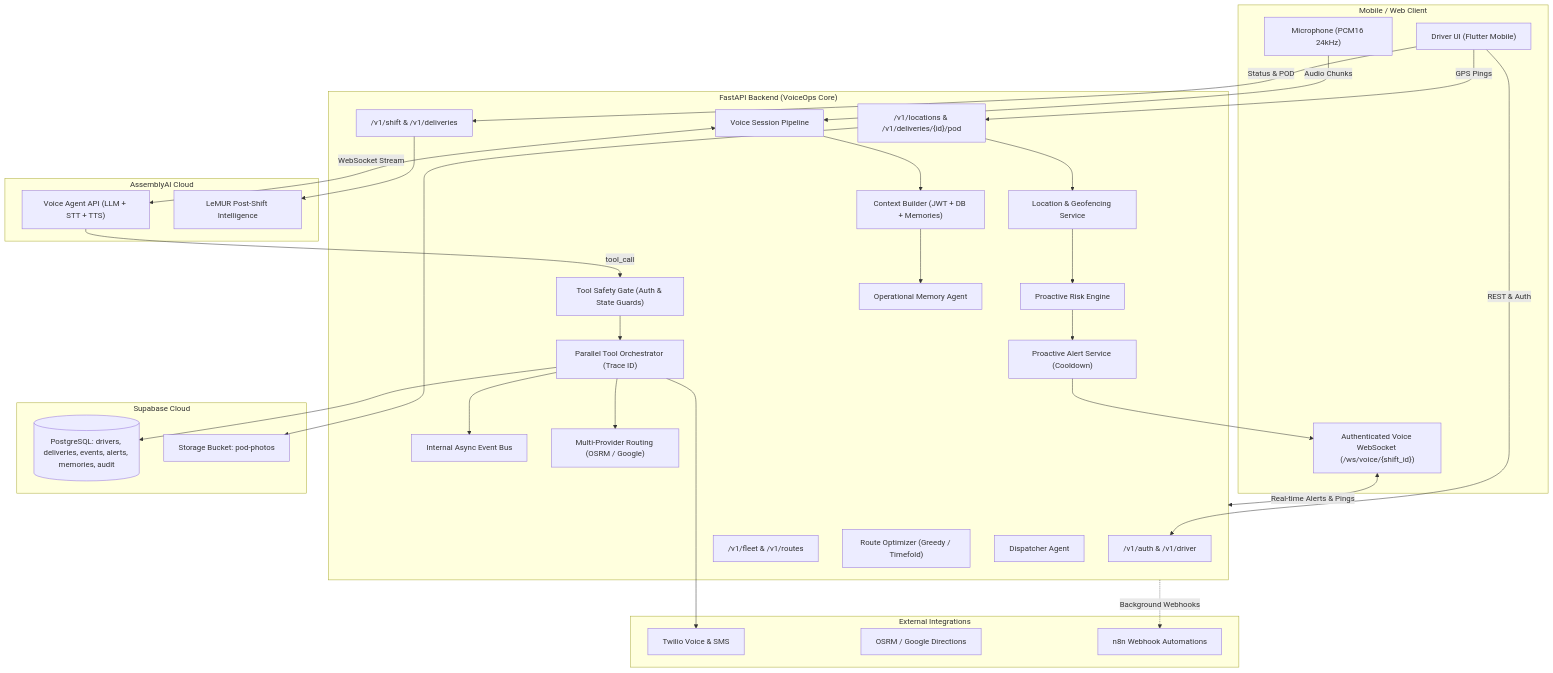
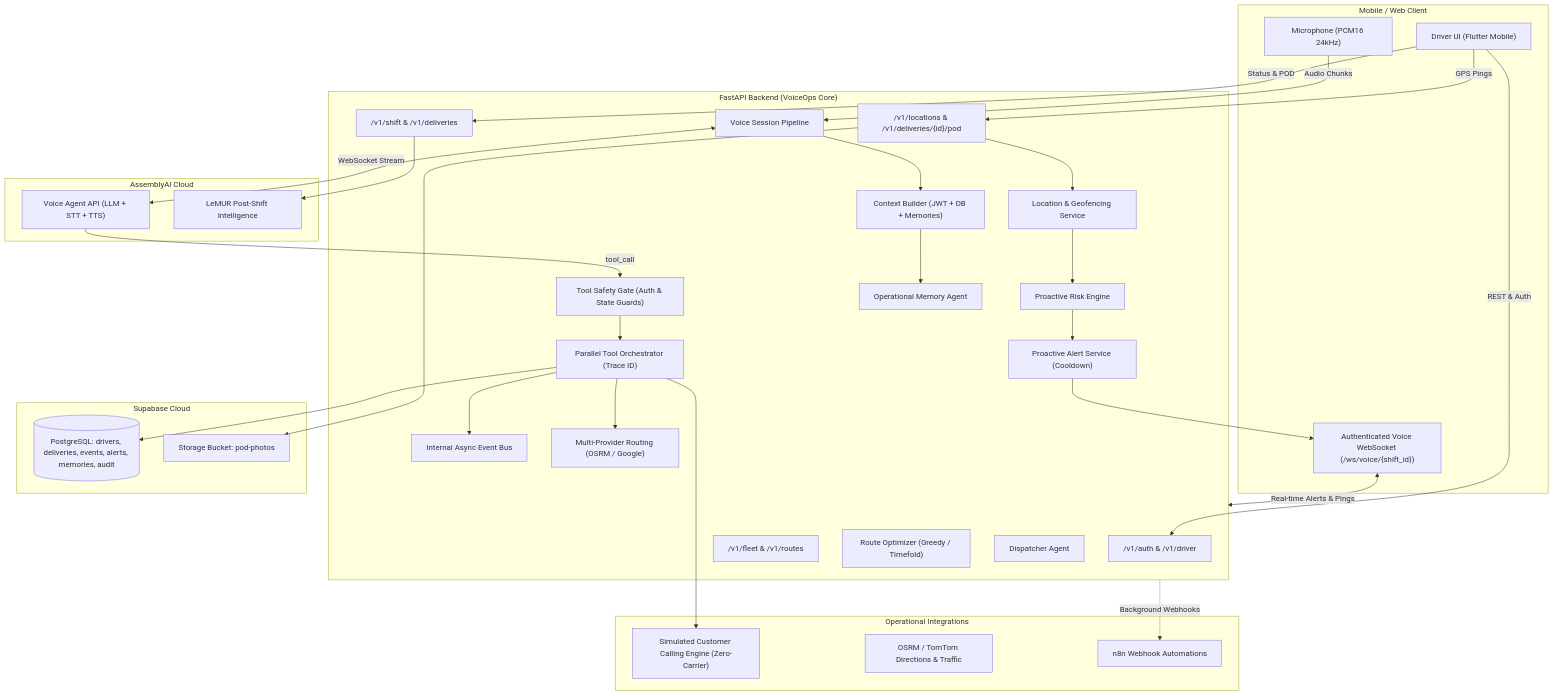
Before and after one commit to MI-TECHDLIN/kora: the diagram in voiceops-backend/README.md, drawn with Mermaid. The commit also changed 2 other files, not shown here.

Commit message:
architecture diagram fixed!!

````diff
--- a/voiceops-backend/README.md
+++ b/voiceops-backend/README.md
@@ -22,65 +22,65 @@
 ```mermaid
 graph TD
     subgraph Frontend["Mobile / Web Client"]
         DriverUI["Driver UI (Flutter Mobile)"]
         Mic["Microphone (PCM16 24kHz)"]
         WSClient["Authenticated Voice WebSocket (/ws/voice/{shift_id})"]
     end
 
     subgraph Backend["FastAPI Backend (VoiceOps Core)"]
         AuthAPI["/v1/auth & /v1/driver"]
         ShiftAPI["/v1/shift & /v1/deliveries"]
         LocationsAPI["/v1/locations & /v1/deliveries/{id}/pod"]
         FleetAPI["/v1/fleet & /v1/routes"]
         VoiceAgent["Voice Session Pipeline"]
         ContextBuilder["Context Builder (JWT + DB + Memories)"]
         SafetyGate["Tool Safety Gate (Auth & State Guards)"]
         ToolRunner["Parallel Tool Orchestrator (Trace ID)"]
         EventBus["Internal Async Event Bus"]
         LocationIntel["Location & Geofencing Service"]
         RiskEngine["Proactive Risk Engine"]
         AlertService["Proactive Alert Service (Cooldown)"]
         RoutingService["Multi-Provider Routing (OSRM / Google)"]
         OptimizationService["Route Optimizer (Greedy / Timefold)"]
         MemoryAgent["Operational Memory Agent"]
         DispatcherAgent["Dispatcher Agent"]
     end
 
     subgraph VoiceAI["AssemblyAI Cloud"]
         AAI_Agent["Voice Agent API (LLM + STT + TTS)"]
         LeMUR["LeMUR Post-Shift Intelligence"]
     end
 
     subgraph Storage["Supabase Cloud"]
         SupaDB[("PostgreSQL: drivers, deliveries, events, alerts, memories, audit")]
         SupaStorage["Storage Bucket: pod-photos"]
     end
 
-    subgraph External["External Integrations"]
-        Twilio["Twilio Voice & SMS"]
-        OSRM["OSRM / Google Directions"]
+    subgraph External["Operational Integrations"]
+        SimCalling["Simulated Customer Calling Engine (Zero-Carrier)"]
+        OSRM["OSRM / TomTom Directions & Traffic"]
         n8n["n8n Webhook Automations"]
     end
 
     DriverUI -->|REST & Auth| AuthAPI
     DriverUI -->|Status & POD| ShiftAPI
     DriverUI -->|GPS Pings| LocationsAPI
     WSClient <-->|Real-time Alerts & Pings| Backend
     Mic -->|Audio Chunks| VoiceAgent
     VoiceAgent --> ContextBuilder
     ContextBuilder --> MemoryAgent
     VoiceAgent <-->|WebSocket Stream| AAI_Agent
     AAI_Agent -->|tool_call| SafetyGate
     SafetyGate --> ToolRunner
     ToolRunner --> SupaDB
     ToolRunner --> EventBus
-    ToolRunner --> Twilio
+    ToolRunner --> SimCalling
     ToolRunner --> RoutingService
     LocationsAPI --> LocationIntel
     LocationIntel --> RiskEngine
     RiskEngine --> AlertService
     AlertService --> WSClient
     LocationsAPI --> SupaStorage
     ShiftAPI --> LeMUR
     Backend -.->|Background Webhooks| n8n
 ```
````
